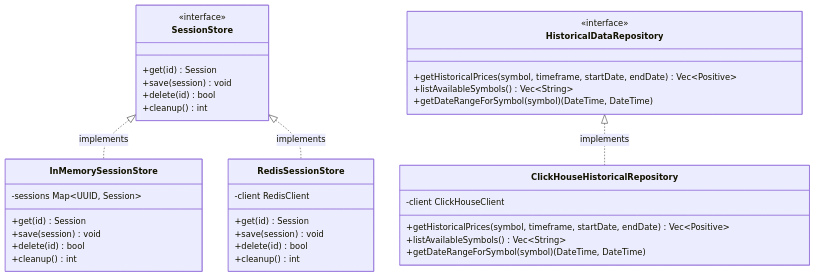
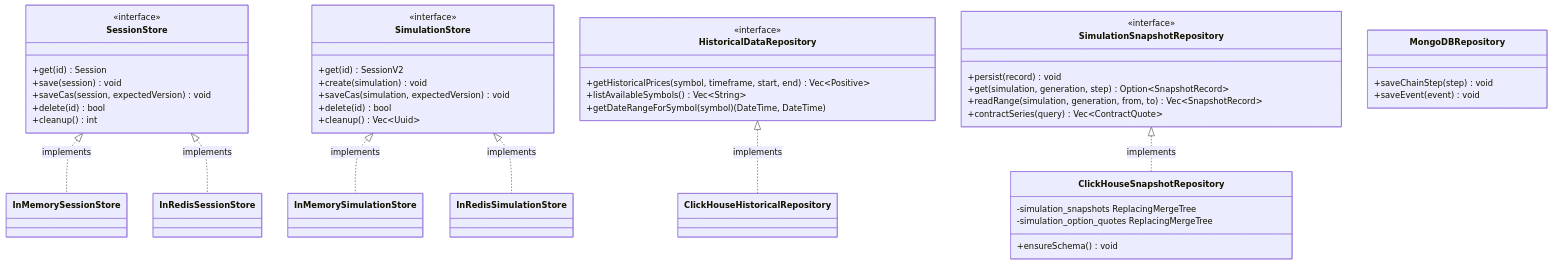
One commit to joaquinbejar/OptionChain-Simulator changed the eighth of 8 diagrams in README.md. Above: the diagram before and after it, drawn with Mermaid. The commit also changed other lines of this file and 2 other files, not shown here.

````diff
--- a/README.md
+++ b/README.md
@@ -696,44 +921,61 @@
 ```mermaid
 classDiagram
 class SessionStore {
 <<interface>>
 +get(id) Session
 +save(session) void
++saveCas(session, expectedVersion) void
 +delete(id) bool
 +cleanup() int
 }
 
-class InMemorySessionStore {
--sessions Map~UUID, Session~
-+get(id) Session
-+save(session) void
+class InMemorySessionStore
+class InRedisSessionStore
+
+class SimulationStore {
+<<interface>>
++get(id) SessionV2
++create(simulation) void
++saveCas(simulation, expectedVersion) void
 +delete(id) bool
-+cleanup() int
++cleanup() Vec~Uuid~
 }
 
-class RedisSessionStore {
--client RedisClient
-+get(id) Session
-+save(session) void
-+delete(id) bool
-+cleanup() int
-}
+class InMemorySimulationStore
+class InRedisSimulationStore
 
 class HistoricalDataRepository {
 <<interface>>
-+getHistoricalPrices(symbol, timeframe, startDate, endDate) Vec~Positive~
++getHistoricalPrices(symbol, timeframe, start, end) Vec~Positive~
 +listAvailableSymbols() Vec~String~
 +getDateRangeForSymbol(symbol) (DateTime, DateTime)
 }
 
-class ClickHouseHistoricalRepository {
--client ClickHouseClient
-+getHistoricalPrices(symbol, timeframe, startDate, endDate) Vec~Positive~
-+listAvailableSymbols() Vec~String~
-+getDateRangeForSymbol(symbol) (DateTime, DateTime)
+class ClickHouseHistoricalRepository
+
+class SimulationSnapshotRepository {
+<<interface>>
++persist(record) void
++get(simulation, generation, step) Option~SnapshotRecord~
++readRange(simulation, generation, from, to) Vec~SnapshotRecord~
++contractSeries(query) Vec~ContractQuote~
+}
+
+class ClickHouseSnapshotRepository {
++ensureSchema() void
+-simulation_snapshots ReplacingMergeTree
+-simulation_option_quotes ReplacingMergeTree
+}
+
+class MongoDBRepository {
++saveChainStep(step) void
++saveEvent(event) void
 }
 
 SessionStore <|.. InMemorySessionStore: implements
-SessionStore <|.. RedisSessionStore: implements
+SessionStore <|.. InRedisSessionStore: implements
+SimulationStore <|.. InMemorySimulationStore: implements
+SimulationStore <|.. InRedisSimulationStore: implements
 HistoricalDataRepository <|.. ClickHouseHistoricalRepository: implements
+SimulationSnapshotRepository <|.. ClickHouseSnapshotRepository: implements
 ```
````
